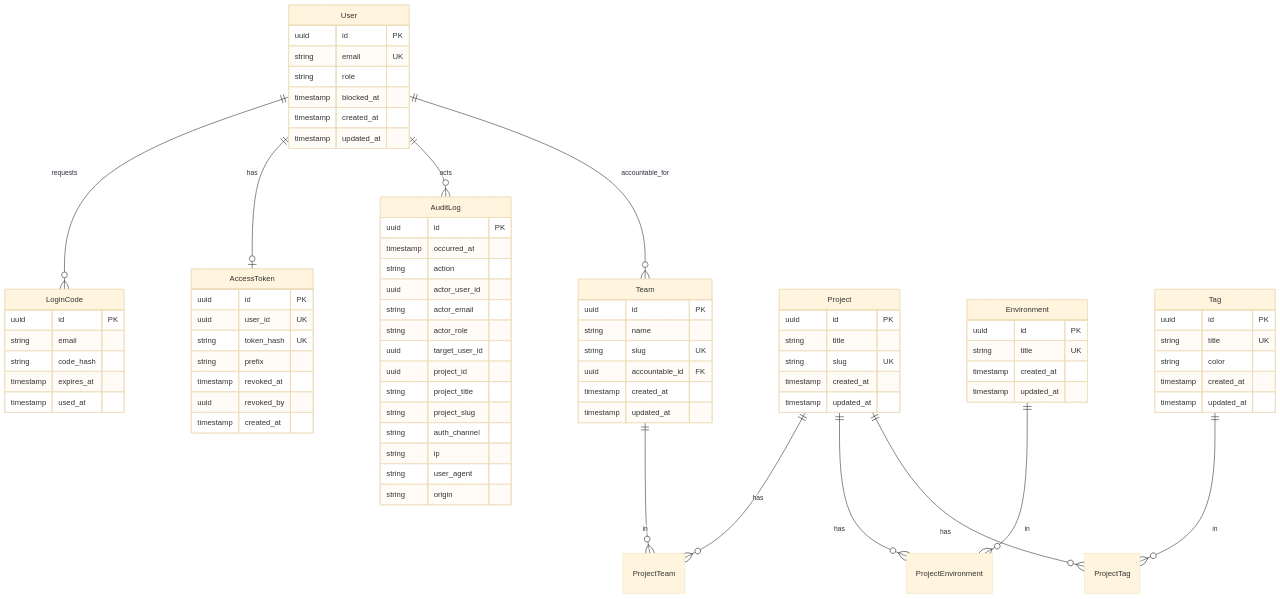
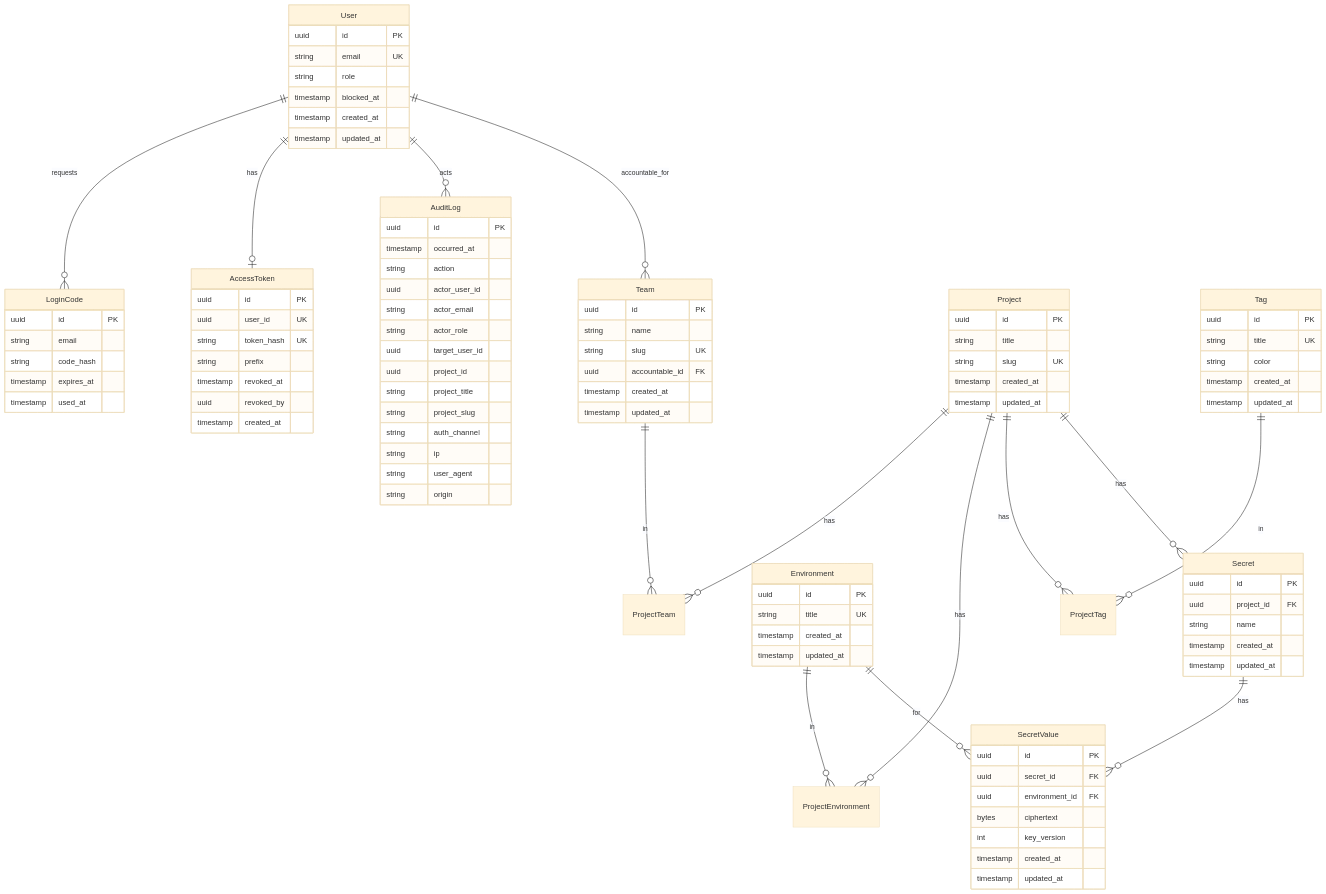
One commit to vmarinho22/envm-vault changed the second of 2 diagrams in docs/architecture.md. Above: the diagram before and after it, drawn with Mermaid (base theme). The commit also changed other lines of this file and 47 other files, not shown here.

```diff
--- a/docs/architecture.md
+++ b/docs/architecture.md
@@ -148,6 +161,9 @@
   Environment ||--o{ ProjectEnvironment : in
   Project ||--o{ ProjectTag : has
   Tag ||--o{ ProjectTag : in
+  Project ||--o{ Secret : has
+  Secret ||--o{ SecretValue : has
+  Environment ||--o{ SecretValue : for
   Tag {
     uuid id PK
     string title UK
@@ -165,6 +181,22 @@
     uuid id PK
     string title
     string slug UK
+    timestamp created_at
+    timestamp updated_at
+  }
+  Secret {
+    uuid id PK
+    uuid project_id FK
+    string name
+    timestamp created_at
+    timestamp updated_at
+  }
+  SecretValue {
+    uuid id PK
+    uuid secret_id FK
+    uuid environment_id FK
+    bytes ciphertext
+    int key_version
     timestamp created_at
     timestamp updated_at
   }
```
